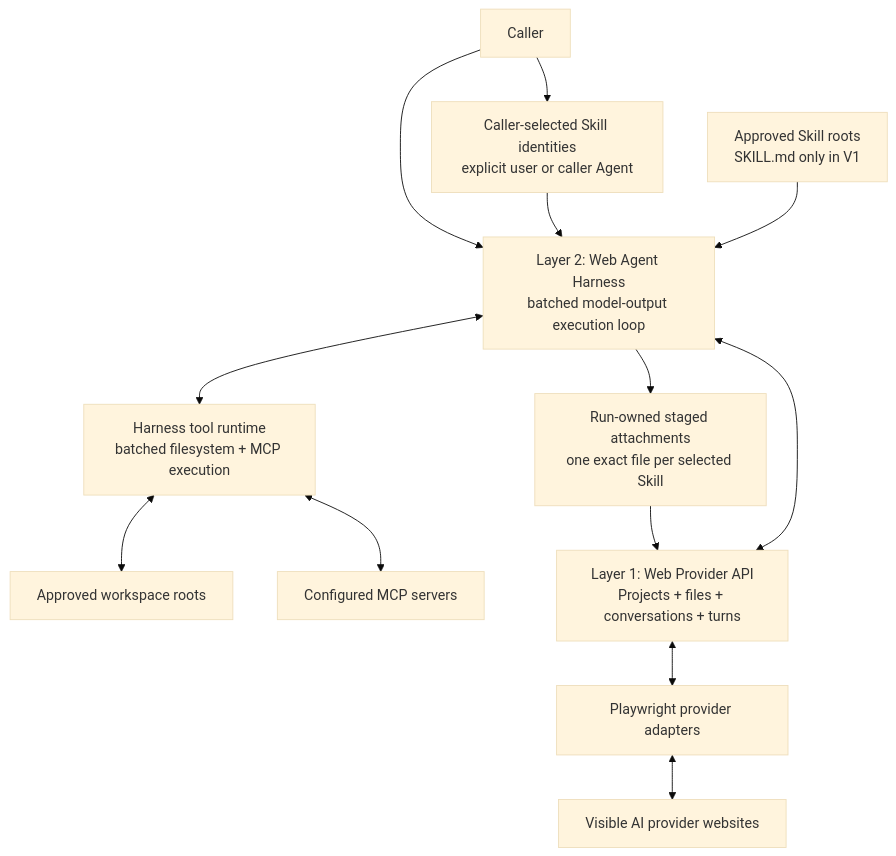
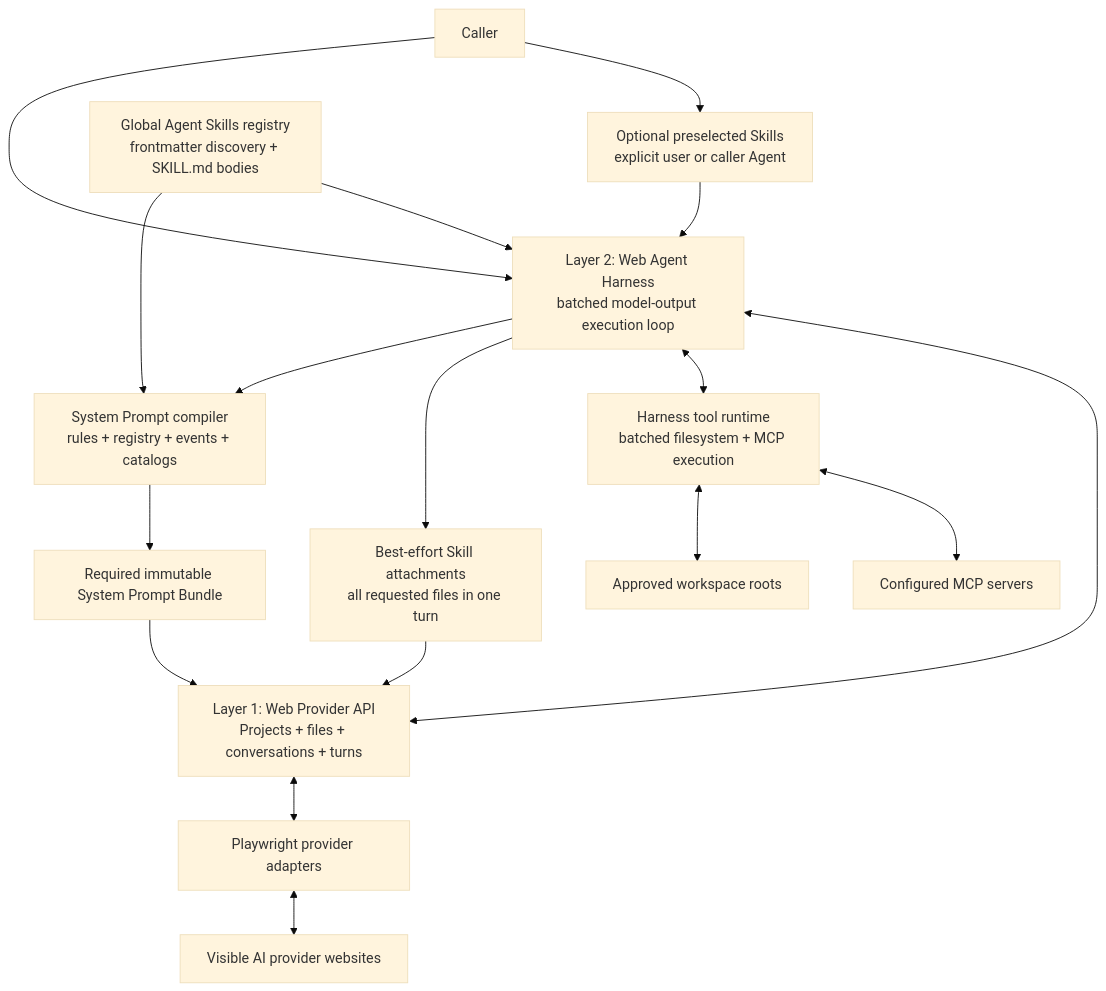
Before and after one commit to jazelly/tokenless: the first of 2 diagrams in docs/roadmaps/P0-web-agent-harness.md, drawn with Mermaid (base theme). The commit also changed other lines of this file and 5 other files, not shown here.

Commit message:
chore(docs): remove Codex intercept mode roadmap

````diff
--- a/docs/roadmaps/P0-web-agent-harness.md
+++ b/docs/roadmaps/P0-web-agent-harness.md
@@ -75,27 +78,33 @@
 ```mermaid
 flowchart TB
   Caller["Caller"]
-  SkillSelection["Caller-selected Skill identities<br/>explicit user or caller Agent"]
-  Skills["Approved Skill roots<br/>SKILL.md only in V1"]
-  SkillFiles["Run-owned staged attachments<br/>one exact file per selected Skill"]
+  SkillSelection["Optional preselected Skills<br/>explicit user or caller Agent"]
+  Skills["Global Agent Skills registry<br/>frontmatter discovery + SKILL.md bodies"]
+  Compiler["System Prompt compiler<br/>rules + registry + events + catalogs"]
+  SystemFile["Required immutable System Prompt Bundle"]
+  SkillFiles["Best-effort Skill attachments<br/>all requested files in one turn"]
   Harness["Layer 2: Web Agent Harness<br/>batched model-output execution loop"]
   Tools["Harness tool runtime<br/>batched filesystem + MCP execution"]
   Files["Approved workspace roots"]
   MCP["Configured MCP servers"]
   Provider["Layer 1: Web Provider API<br/>Projects + files + conversations + turns"]
   Playwright["Playwright provider adapters"]
   Websites["Visible AI provider websites"]
 
   Caller --> Harness
   Caller --> SkillSelection
   SkillSelection --> Harness
+  Skills --> Compiler
+  Harness --> Compiler
+  Compiler --> SystemFile
+  SystemFile --> Provider
   Skills --> Harness
   Harness --> SkillFiles
   SkillFiles --> Provider
   Harness <--> Tools
   Tools <--> Files
   Tools <--> MCP
   Harness <--> Provider
   Provider <--> Playwright
   Playwright <--> Websites
 ```
````
